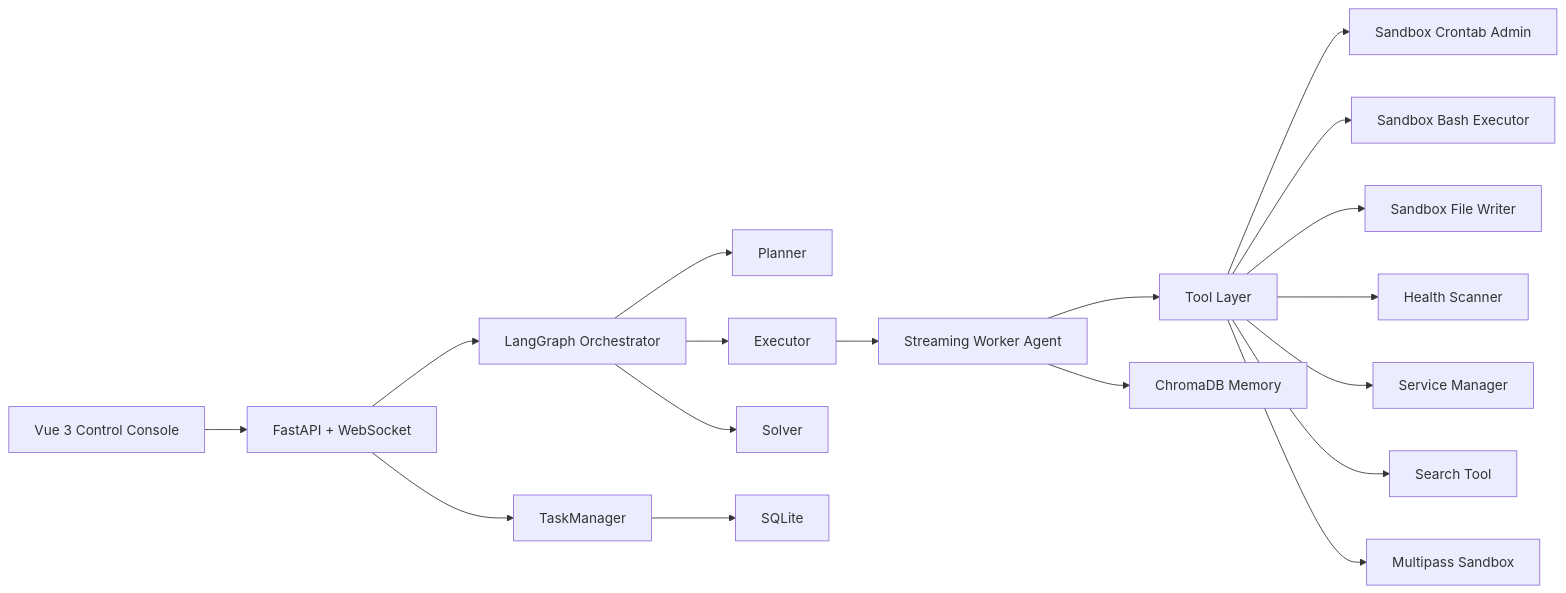
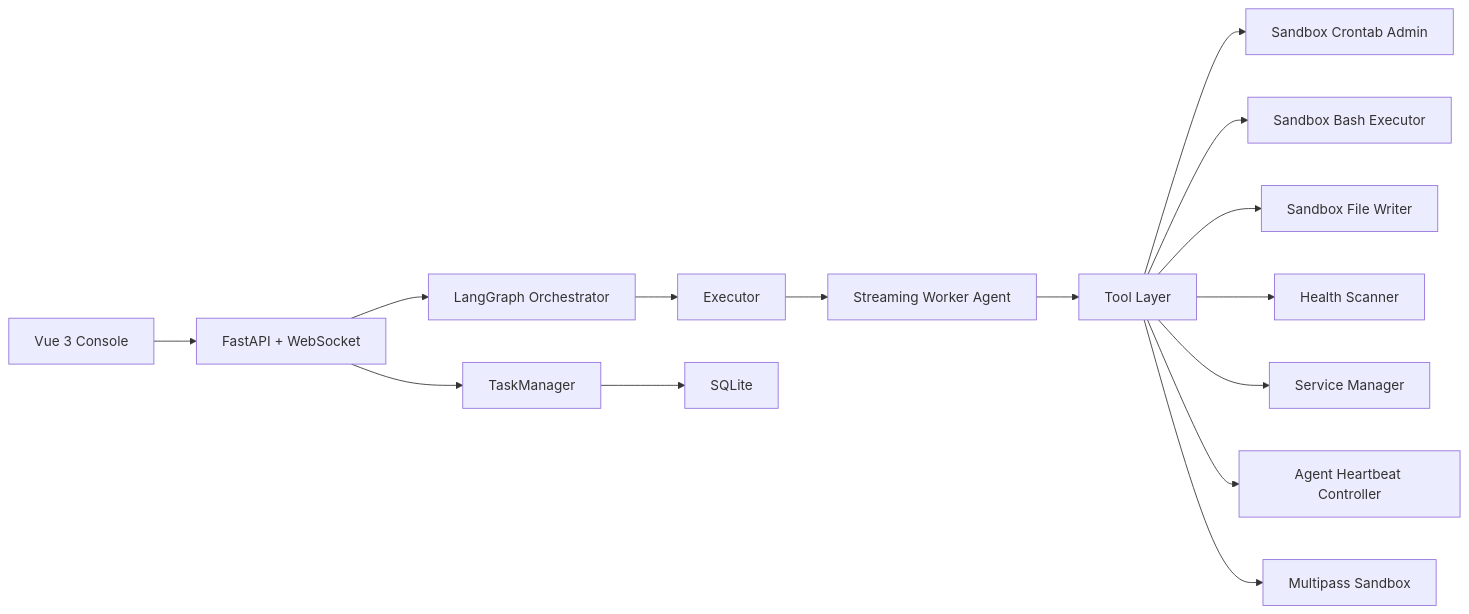
The diagram in README.md (ZionFeng163/Local-Cron-Agent), drawn with Mermaid before and after one commit. The commit also changed other lines of this file and 1 other file, not shown here.

````diff
--- a/README.md
+++ b/README.md
@@ -70,23 +49,19 @@
 ```mermaid
 flowchart LR
-    UI["Vue 3 Control Console"] --> API["FastAPI + WebSocket"]
+    UI["Vue 3 Console"] --> API["FastAPI + WebSocket"]
     API --> ORCH["LangGraph Orchestrator"]
-    ORCH --> PLAN["Planner"]
     ORCH --> EXEC["Executor"]
-    ORCH --> SOLVE["Solver"]
-
     EXEC --> WORKER["Streaming Worker Agent"]
     WORKER --> TOOLS["Tool Layer"]
 
     TOOLS --> CRON["Sandbox Crontab Admin"]
     TOOLS --> BASH["Sandbox Bash Executor"]
     TOOLS --> FILE["Sandbox File Writer"]
     TOOLS --> HEALTH["Health Scanner"]
     TOOLS --> SERVICE["Service Manager"]
-    TOOLS --> SEARCH["Search Tool"]
+    TOOLS --> HEARTBEAT["Agent Heartbeat Controller"]
 
     API --> TM["TaskManager"]
     TM --> DB["SQLite"]
-    WORKER --> MEM["ChromaDB Memory"]
     TOOLS --> VM["Multipass Sandbox"]
 ```
````
